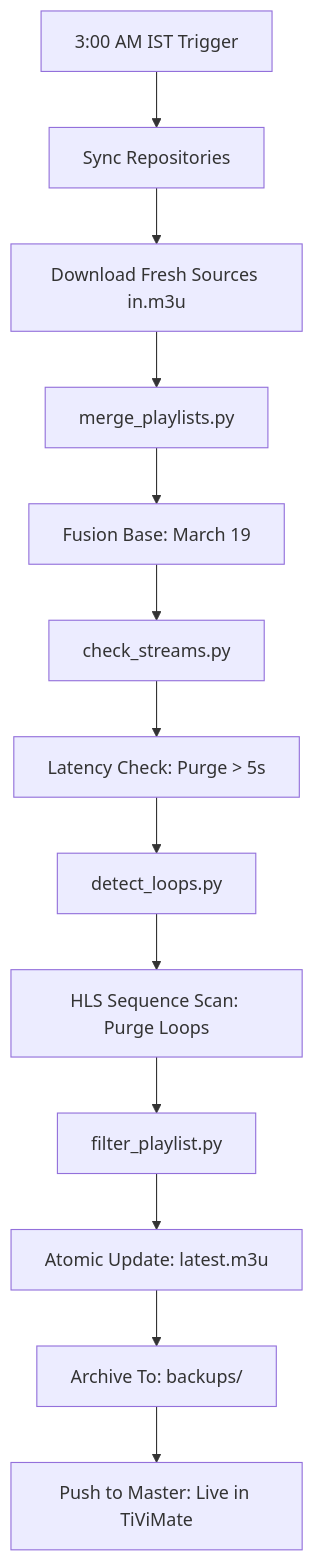
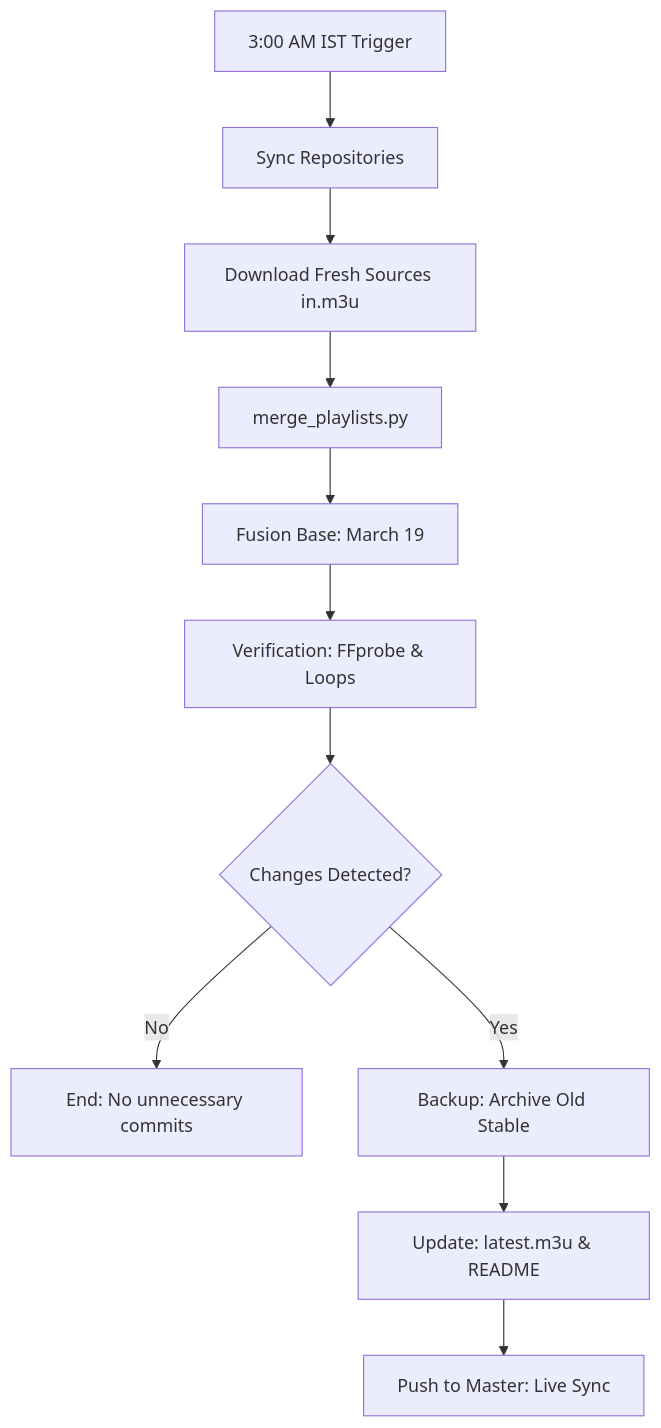
One commit to shahakshay938/shahakshay938.github.io changed the diagram in FLOW.md. Above: the diagram before and after it, drawn with Mermaid. The commit also changed other lines of this file and 2 other files, not shown here.

Commit message:
💎 Final: Smart Update Infrastructure & Documentation Mastery

````diff
--- a/FLOW.md
+++ b/FLOW.md
@@ -7,15 +7,13 @@
 ```mermaid
 graph TD
     A[3:00 AM IST Trigger] --> B[Sync Repositories]
     B --> C[Download Fresh Sources in.m3u]
     C --> D[merge_playlists.py]
     D --> E[Fusion Base: March 19]
-    E --> F[check_streams.py]
-    F --> G[Latency Check: Purge > 5s]
-    G --> H[detect_loops.py]
-    H --> I[HLS Sequence Scan: Purge Loops]
-    I --> J[filter_playlist.py]
-    J --> K[Atomic Update: latest.m3u]
-    K --> L[Archive To: backups/]
-    L --> M[Push to Master: Live in TiViMate]
+    E --> F[Verification: FFprobe & Loops]
+    F --> G{Changes Detected?}
+    G -- No --> H[End: No unnecessary commits]
+    G -- Yes --> I[Backup: Archive Old Stable]
+    I --> J[Update: latest.m3u & README]
+    J --> K[Push to Master: Live Sync]
 ```
````
